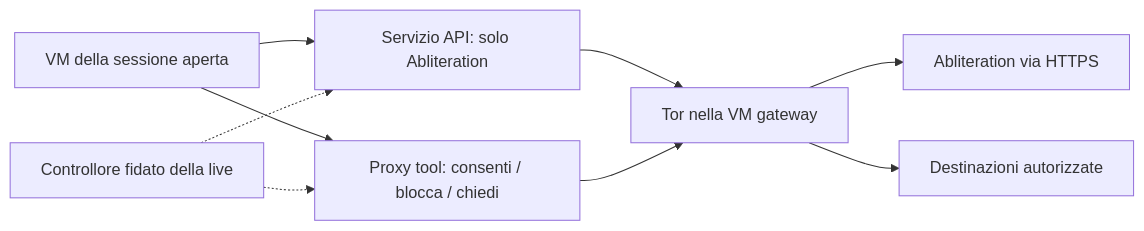
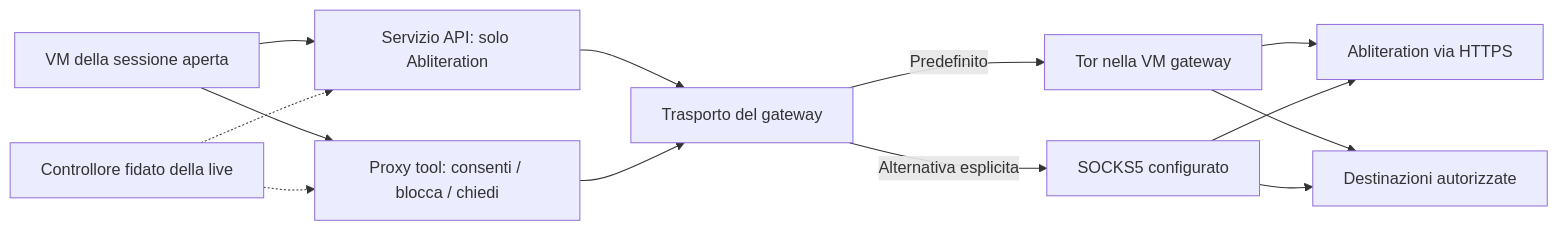
The diagram in docs/oblivion/NETWORK-AND-FILES.md (0xthemiddleman/oblivion), drawn with Mermaid before and after one commit. The commit also changed other lines of this file and 5 other files, not shown here.

````diff
--- a/docs/oblivion/NETWORK-AND-FILES.md
+++ b/docs/oblivion/NETWORK-AND-FILES.md
@@ -15,11 +15,15 @@
 ```mermaid
 flowchart LR
     S["VM della sessione aperta"] --> API["Servizio API: solo Abliteration"]
     S --> PROXY["Proxy tool: consenti / blocca / chiedi"]
-    API --> TOR["Tor nella VM gateway"]
-    PROXY --> TOR
+    API --> ROUTE["Trasporto del gateway"]
+    PROXY --> ROUTE
+    ROUTE -->|Predefinito| TOR["Tor nella VM gateway"]
+    ROUTE -->|Alternativa esplicita| SOCKS["SOCKS5 configurato"]
     TOR --> A["Abliteration via HTTPS"]
     TOR --> W["Destinazioni autorizzate"]
+    SOCKS --> A
+    SOCKS --> W
     UI["Controllore fidato della live"] -.-> API
     UI -.-> PROXY
 ```
````
